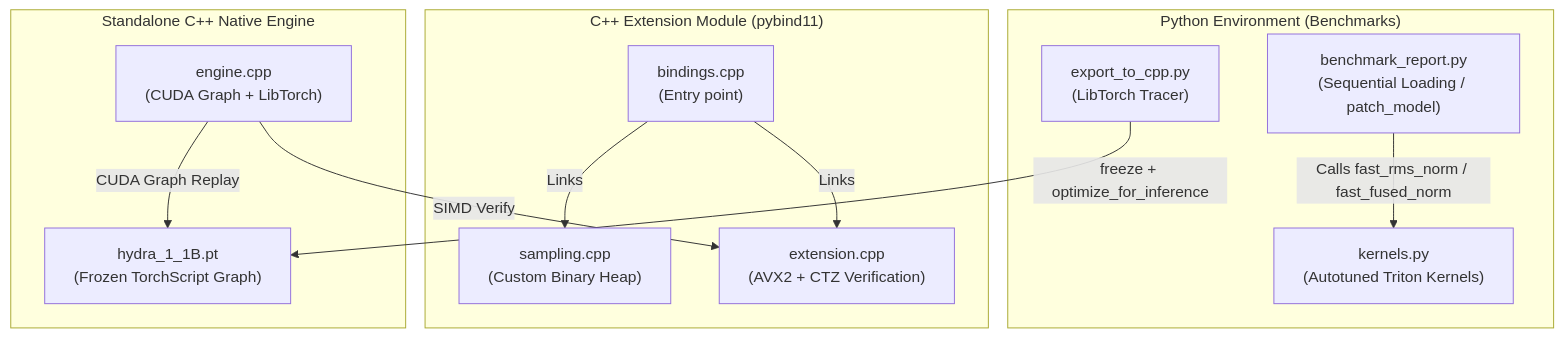
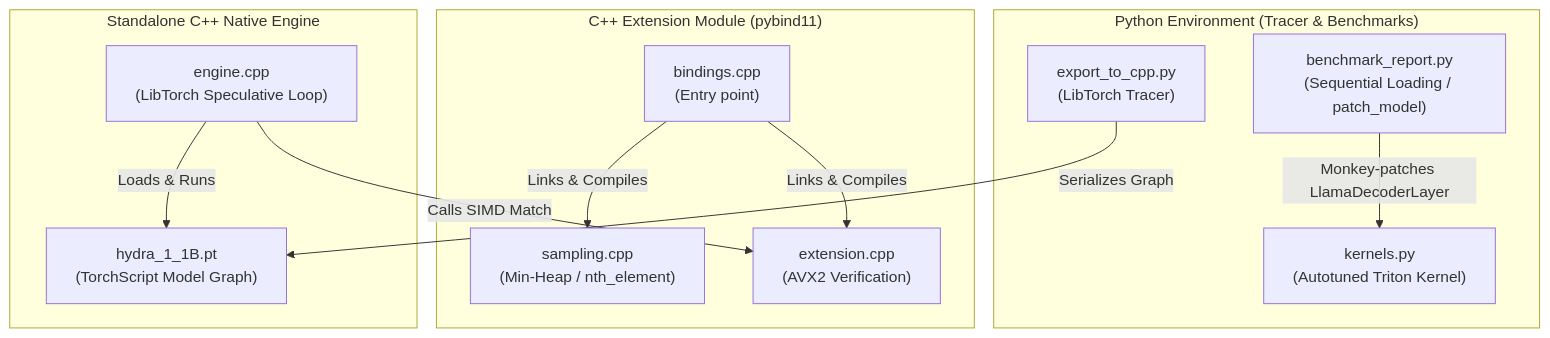
Before and after one commit to Nbit-51/Hydra_Engine: the diagram in README.md, drawn with Mermaid. The commit also changed other lines of this file, not shown here.

````diff
--- a/README.md
+++ b/README.md
@@ -41,26 +48,26 @@
 ```mermaid
 graph TD
-    subgraph "Python Environment (Benchmarks)"
+    subgraph "Python Environment (Tracer & Benchmarks)"
         BR["benchmark_report.py<br/>(Sequential Loading / patch_model)"]
         EX["export_to_cpp.py<br/>(LibTorch Tracer)"]
-        K["kernels.py<br/>(Autotuned Triton Kernels)"]
+        K["kernels.py<br/>(Autotuned Triton Kernel)"]
     end
 
     subgraph "C++ Extension Module (pybind11)"
         BI["bindings.cpp<br/>(Entry point)"]
-        SA["sampling.cpp<br/>(Custom Binary Heap)"]
-        EXT["extension.cpp<br/>(AVX2 + CTZ Verification)"]
+        SA["sampling.cpp<br/>(Min-Heap / nth_element)"]
+        EXT["extension.cpp<br/>(AVX2 Verification)"]
     end
 
     subgraph "Standalone C++ Native Engine"
-        EN["engine.cpp<br/>(CUDA Graph + LibTorch)"]
-        PT["hydra_1_1B.pt<br/>(Frozen TorchScript Graph)"]
+        EN["engine.cpp<br/>(LibTorch Speculative Loop)"]
+        PT["hydra_1_1B.pt<br/>(TorchScript Model Graph)"]
     end
 
-    BR -->|Calls fast_rms_norm / fast_fused_norm| K
-    EX -->|freeze + optimize_for_inference| PT
-    BI -->|Links| SA
-    BI -->|Links| EXT
-    EN -->|CUDA Graph Replay| PT
-    EN -->|SIMD Verify| EXT
+    BR -->|Monkey-patches LlamaDecoderLayer| K
+    EX -->|Serializes Graph| PT
+    BI -->|Links & Compiles| SA
+    BI -->|Links & Compiles| EXT
+    EN -->|Loads & Runs| PT
+    EN -->|Calls SIMD Match| EXT
 ```
````
